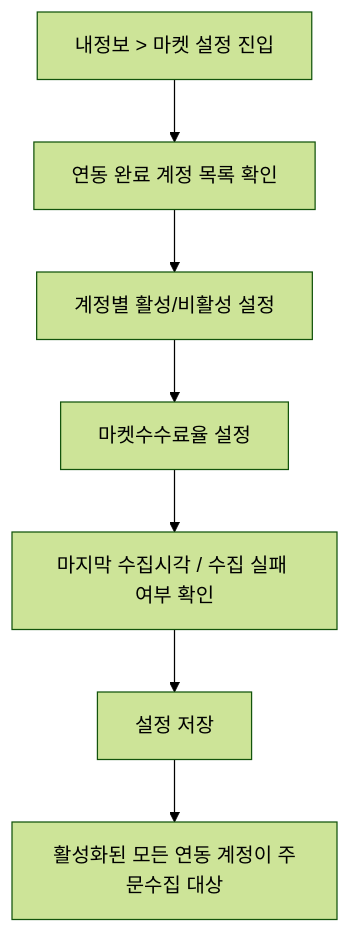
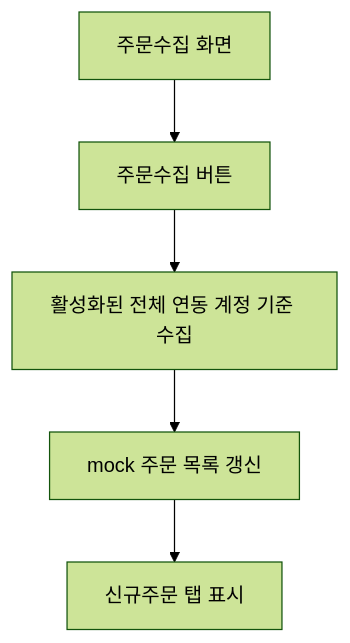
One commit to moonceo/Jmpp changed the second of 4 diagrams in docs/08_유저플로우/02_마켓연동_및_주문수집_유저플로우.md. Above: the diagram before and after it, drawn with Mermaid (forest theme). The commit also changed other lines of this file and 71 other files, not shown here.

````diff
--- a/docs/08_유저플로우/02_마켓연동_및_주문수집_유저플로우.md
+++ b/docs/08_유저플로우/02_마켓연동_및_주문수집_유저플로우.md
@@ -26,9 +47,7 @@
 ```mermaid
 flowchart TD
-    A["내정보 > 마켓 설정 진입"] --> B["연동 완료 계정 목록 확인"]
-    B --> C["계정별 활성/비활성 설정"]
-    C --> D["마켓수수료율 설정"]
-    D --> E["마지막 수집시각 / 수집 실패 여부 확인"]
-    E --> F["설정 저장"]
-    F --> G["활성화된 모든 연동 계정이 주문수집 대상"]
+    A["주문수집 화면"] --> B["주문수집 버튼"]
+    B --> C["활성화된 전체 연동 계정 기준 수집"]
+    C --> D["mock 주문 목록 갱신"]
+    D --> E["신규주문 탭 표시"]
 ```
````
